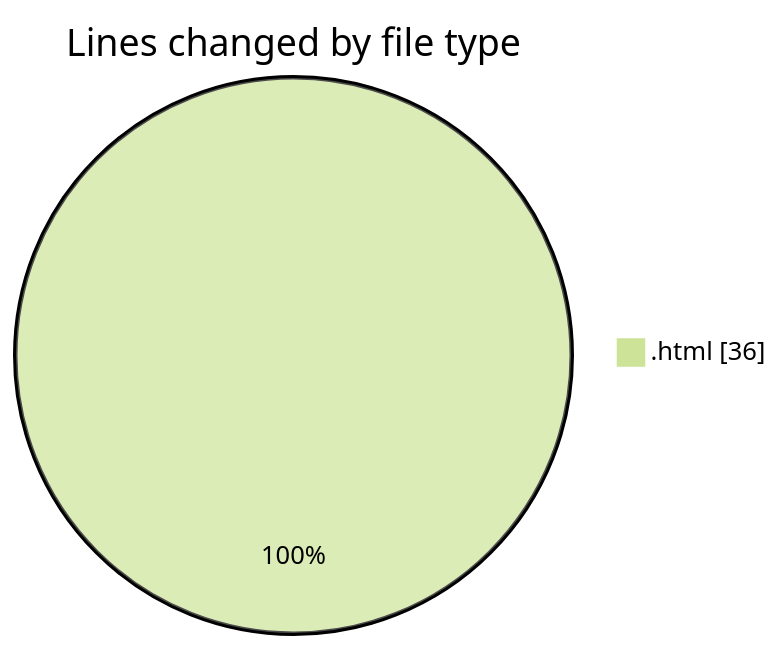
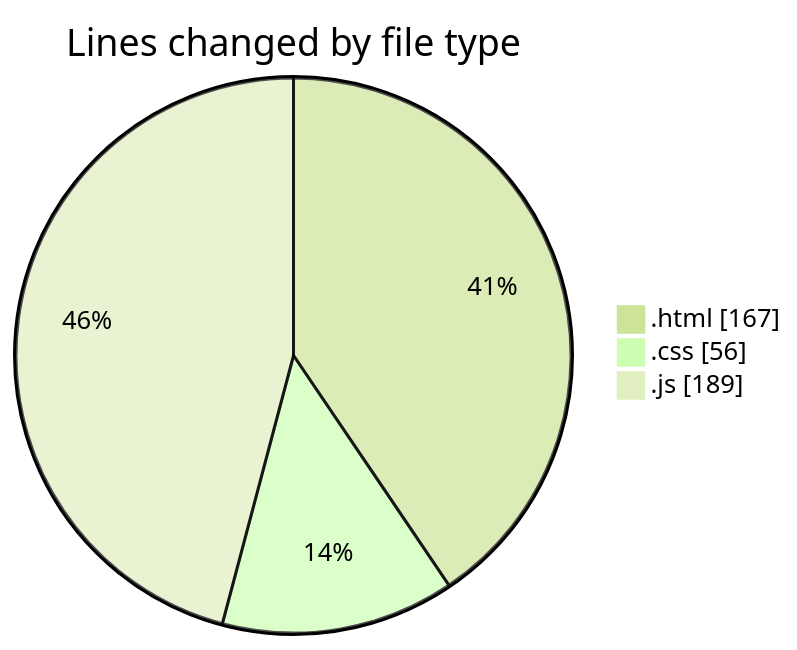
One commit to IJAZ3593/code-tracking changed the first of 2 diagrams in 2025-09-01/project/README.md. Above: the diagram before and after it, drawn with Mermaid (forest theme). The commit also changed other lines of this file and 1 other file, not shown here.

````diff
--- a/2025-09-01/project/README.md
+++ b/2025-09-01/project/README.md
@@ -20,5 +26,7 @@
 ```mermaid
 pie showData
 title Lines changed by file type
-".html" : 36
+".html" : 167
+".css" : 56
+".js" : 189
 ```
````
